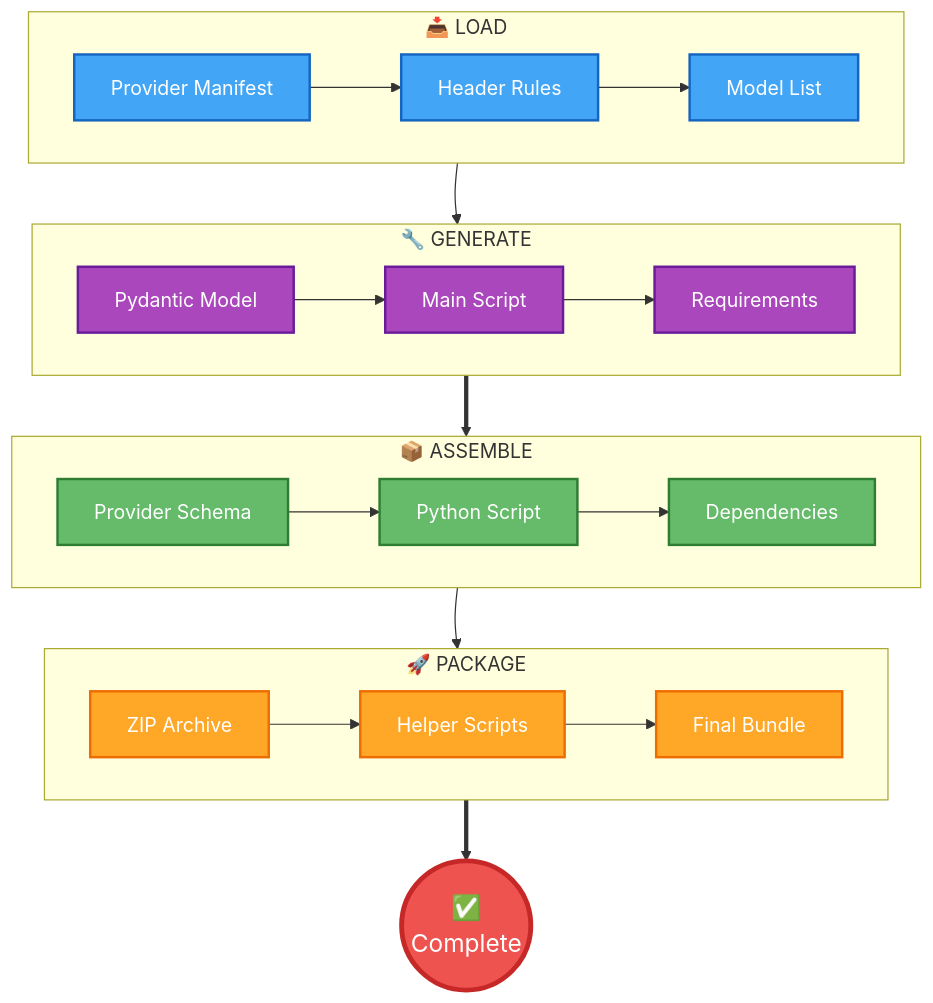
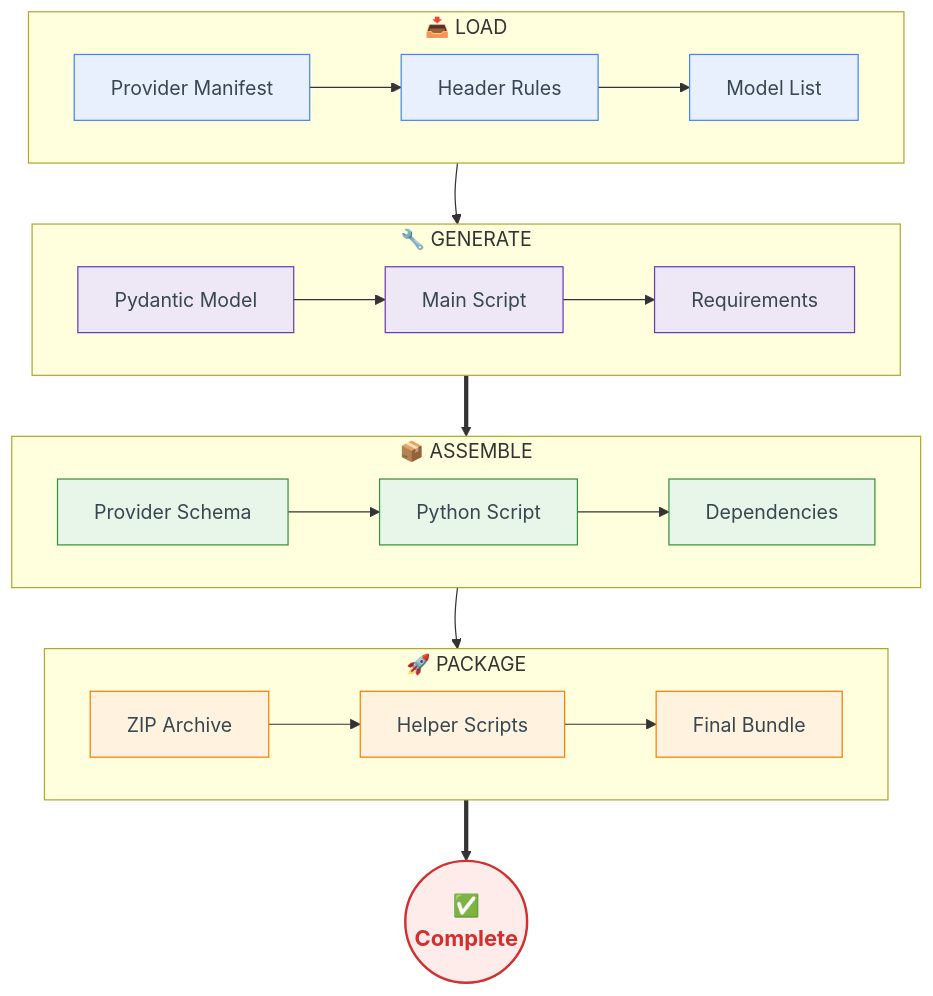
The diagram in docs/providerSnippets/howitworks.md (shortpage/structout), drawn with Mermaid before and after one commit. The commit also changed 1 other file, not shown here.

````diff
--- a/docs/providerSnippets/howitworks.md
+++ b/docs/providerSnippets/howitworks.md
@@ -12,47 +12,34 @@
 ```mermaid
 flowchart TB
-    %% Row 1: LOAD and GENERATE stages
+    %% ───  LOAD & GENERATE  ─────────────────────────────────────
     subgraph S1["📥 LOAD"]
         direction LR
         MANIFEST[Provider Manifest]:::load --> HEADERS[Header Rules]:::load --> MODELS[Model List]:::load
     end
-    
     subgraph S2["🔧 GENERATE"]
         direction LR
         PYDANTIC[Pydantic Model]:::gen --> SCRIPT[Main Script]:::gen --> REQS[Requirements]:::gen
     end
-    
-    %% Connect stages in Row 1
     MODELS --> PYDANTIC
-    
-    %% Flow down to Row 2
     REQS ==> SCHEMA
-    
-    %% Row 2: ASSEMBLE and PACKAGE stages
+    %% ───  ASSEMBLE & PACKAGE  ──────────────────────────────────
     subgraph S3["📦 ASSEMBLE"]
         direction LR
         SCHEMA[Provider Schema]:::asm --> PYTHON[Python Script]:::asm --> DEPS[Dependencies]:::asm
     end
-    
     subgraph S4["🚀 PACKAGE"]
         direction LR
         ZIP[ZIP Archive]:::pkg --> HELPERS[Helper Scripts]:::pkg --> OUTPUT[Final Bundle]:::pkg
     end
-    
-    %% Connect stages in Row 2
     DEPS --> ZIP
-    
-    %% Flow down to Row 3
     OUTPUT ==> COMPLETE((✅<br/>Complete)):::done
-    
-    %% Position stages side by side
+    %% keep subgraphs side‑by‑side
     S1 ~~~ S2
     S3 ~~~ S4
-    
-    %% Styling
-    classDef load fill:#42A5F5,stroke:#1565C0,color:#fff,stroke-width:2px
-    classDef gen fill:#AB47BC,stroke:#6A1B9A,color:#fff,stroke-width:2px
-    classDef asm fill:#66BB6A,stroke:#2E7D32,color:#fff,stroke-width:2px
-    classDef pkg fill:#FFA726,stroke:#EF6C00,color:#fff,stroke-width:2px
-    classDef done fill:#EF5350,stroke:#C62828,color:#fff,stroke-width:4px,font-size:20px
+    %% ───  Styling  ─────────────────────────────────────────────
+    classDef load fill:#E8F0FE,stroke:#4285F4,color:#37474F,stroke-width:1px;
+    classDef gen  fill:#EDE7F6,stroke:#673AB7,color:#37474F,stroke-width:1px;
+    classDef asm  fill:#E8F5E9,stroke:#388E3C,color:#37474F,stroke-width:1px;
+    classDef pkg  fill:#FFF3E0,stroke:#F57C00,color:#37474F,stroke-width:1px;
+    classDef done fill:#FDECEA,stroke:#D32F2F,color:#D32F2F,stroke-width:2px,font-size:18px,font-weight:bold;
 ```
````
